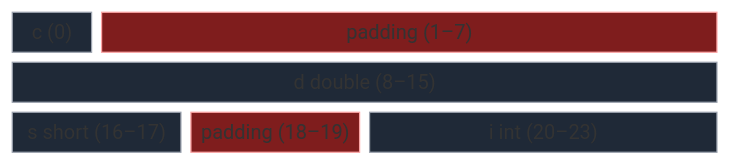
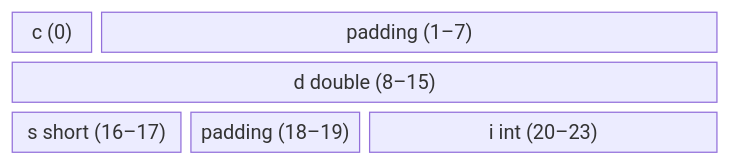
The first of 2 diagrams in Operating Systems/03 Memory Management.md (Matheus-de-Mello-Vieira/backend-knowledge), drawn with Mermaid before and after one commit. The commit also changed other lines of this file and 2 other files, not shown here.

````diff
--- a/Operating Systems/03 Memory Management.md
+++ b/Operating Systems/03 Memory Management.md
@@ -1018,19 +1027,16 @@
 ```mermaid
 block-beta
   columns 8
 
   c["c (0)"]:1
   p1["padding (1–7)"]:7
 
   d["d double (8–15)"]:8
 
   s["s short (16–17)"]:2
   p2["padding (18–19)"]:2
   i["i int (20–23)"]:4
 
-  classDef field fill:#1f2937,stroke:#9ca3af,color:#ffffff
-  classDef padding fill:#7f1d1d,stroke:#fca5a5,color:#ffffff
-
   class c,d,s,i field
   class p1,p2 padding
 ```
````
